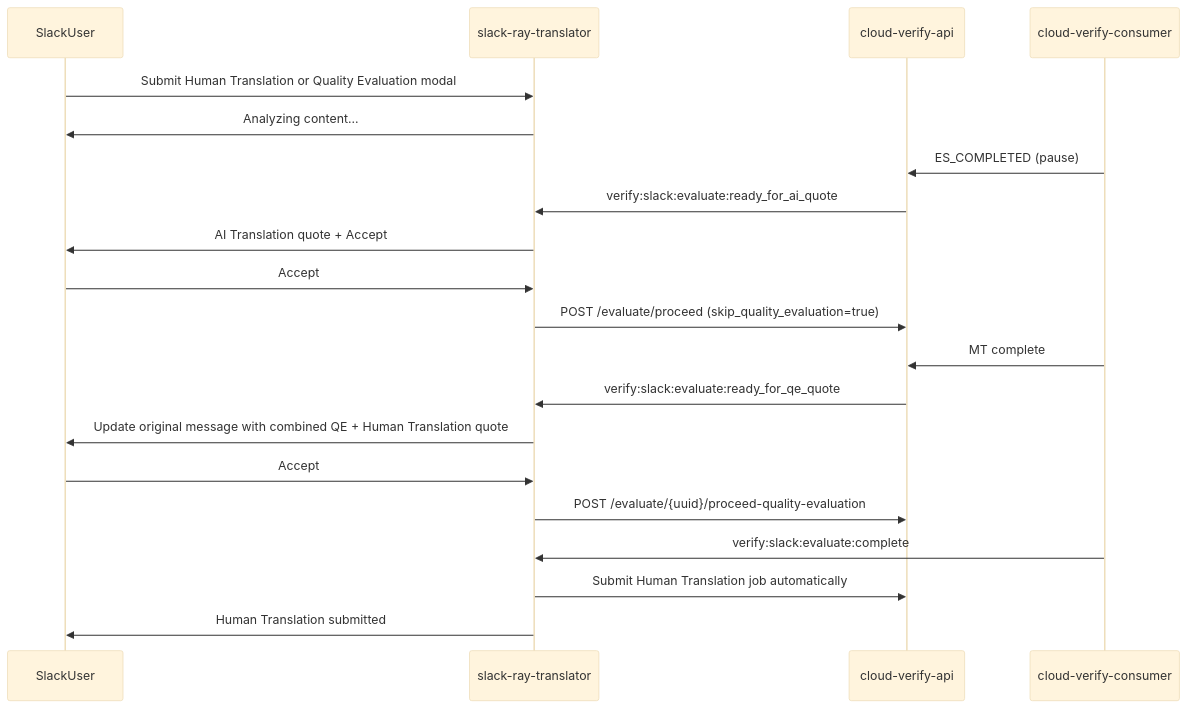
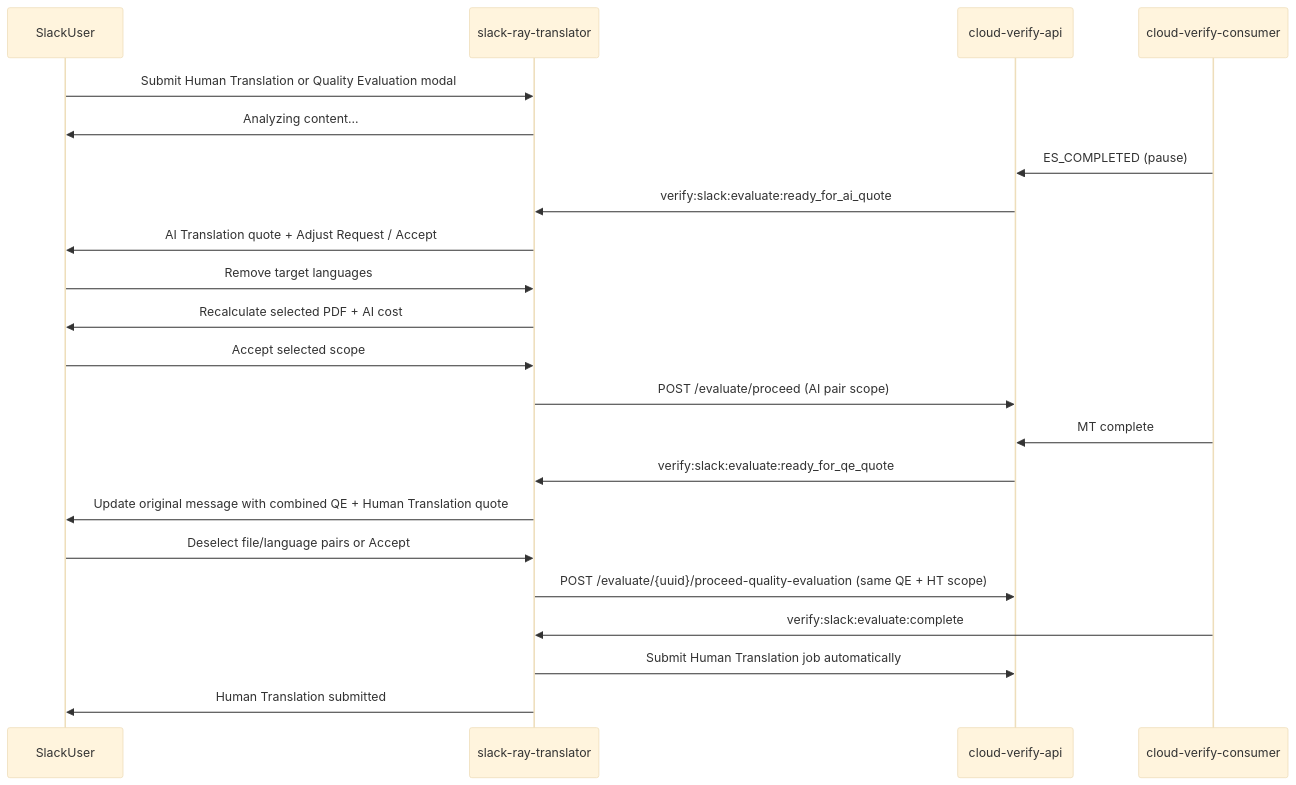
One commit to strakergroup/Nake-Agentic-Slack changed the diagram in docs/evaluate-quote-confirmation.md. Above: the diagram before and after it, drawn with Mermaid (base theme). The commit also changed other lines of this file and 44 other files, not shown here.

````diff
--- a/docs/evaluate-quote-confirmation.md
+++ b/docs/evaluate-quote-confirmation.md
@@ -16,23 +16,25 @@
 ```mermaid
 sequenceDiagram
     participant User as SlackUser
     participant SRT as slack-ray-translator
     participant CVA as cloud-verify-api
     participant CVC as cloud-verify-consumer
 
     User->>SRT: Submit Human Translation or Quality Evaluation modal
     SRT->>User: Analyzing content...
     CVC->>CVA: ES_COMPLETED (pause)
     CVA->>SRT: verify:slack:evaluate:ready_for_ai_quote
-    SRT->>User: AI Translation quote + Accept
-    User->>SRT: Accept
-    SRT->>CVA: POST /evaluate/proceed (skip_quality_evaluation=true)
+    SRT->>User: AI Translation quote + Adjust Request / Accept
+    User->>SRT: Remove target languages
+    SRT->>User: Recalculate selected PDF + AI cost
+    User->>SRT: Accept selected scope
+    SRT->>CVA: POST /evaluate/proceed (AI pair scope)
     CVC->>CVA: MT complete
     CVA->>SRT: verify:slack:evaluate:ready_for_qe_quote
     SRT->>User: Update original message with combined QE + Human Translation quote
-    User->>SRT: Accept
-    SRT->>CVA: POST /evaluate/{uuid}/proceed-quality-evaluation
+    User->>SRT: Deselect file/language pairs or Accept
+    SRT->>CVA: POST /evaluate/{uuid}/proceed-quality-evaluation (same QE + HT scope)
     CVC->>SRT: verify:slack:evaluate:complete
     SRT->>CVA: Submit Human Translation job automatically
     SRT->>User: Human Translation submitted
 ```
````
